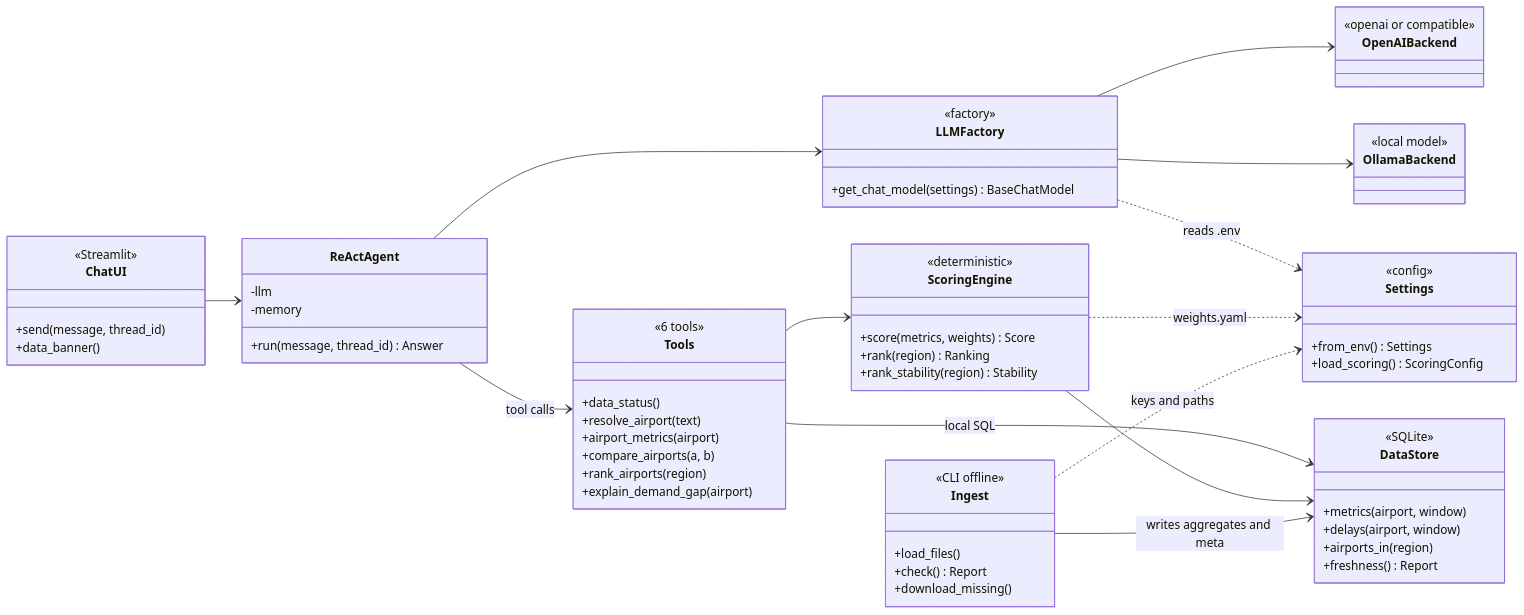
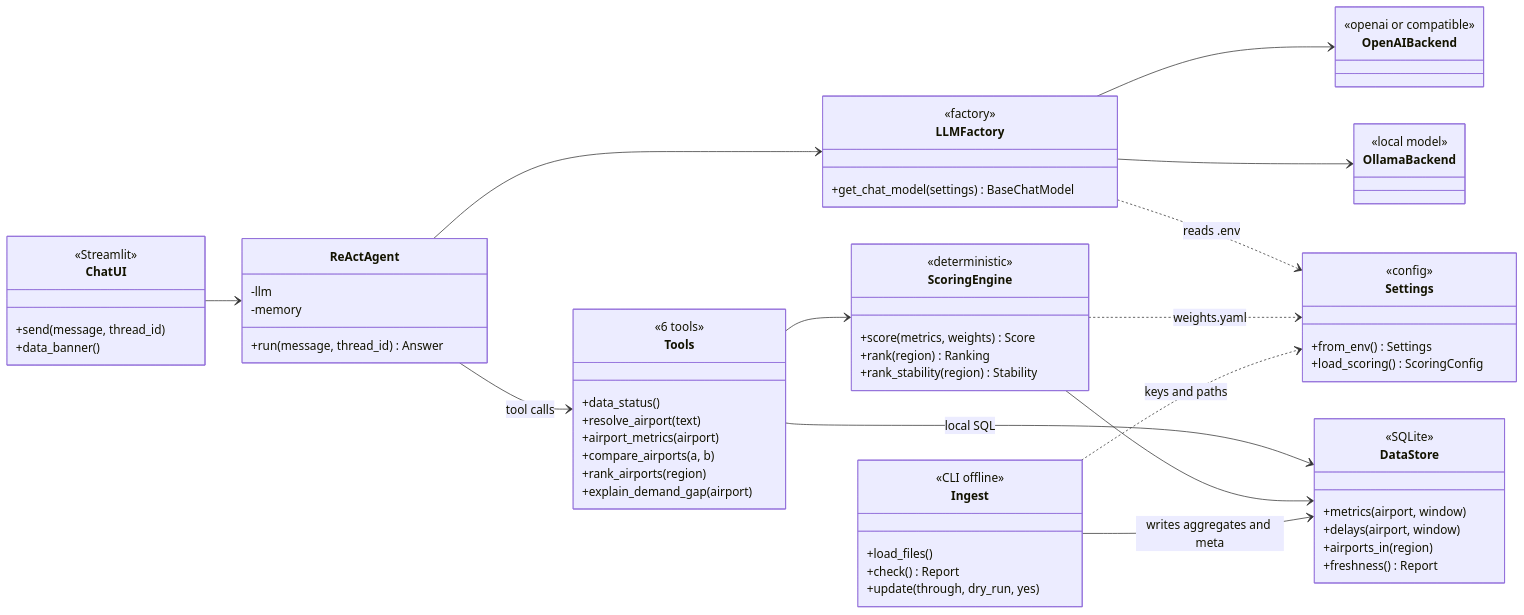
The first of 2 diagrams in README.md (GaryShnol/airport-investment-agent), drawn with Mermaid before and after one commit.

Commit message:
README: architecture diagram names ingest update (--update), not download_missing

````diff
--- a/README.md
+++ b/README.md
@@ -41,80 +41,80 @@
 ```mermaid
 classDiagram
     direction LR
 
     class ChatUI {
         <<Streamlit>>
         +send(message, thread_id)
         +data_banner()
     }
 
     class Settings {
         <<config>>
         +from_env() Settings
         +load_scoring() ScoringConfig
     }
 
     class LLMFactory {
         <<factory>>
         +get_chat_model(settings) BaseChatModel
     }
 
     class OpenAIBackend {
         <<openai or compatible>>
     }
 
     class OllamaBackend {
         <<local model>>
     }
 
     class ReActAgent {
         -llm
         -memory
         +run(message, thread_id) Answer
     }
 
     class Tools {
         <<6 tools>>
         +data_status()
         +resolve_airport(text)
         +airport_metrics(airport)
         +compare_airports(a, b)
         +rank_airports(region)
         +explain_demand_gap(airport)
     }
 
     class ScoringEngine {
         <<deterministic>>
         +score(metrics, weights) Score
         +rank(region) Ranking
         +rank_stability(region) Stability
     }
 
     class DataStore {
         <<SQLite>>
         +metrics(airport, window)
         +delays(airport, window)
         +airports_in(region)
         +freshness() Report
     }
 
     class Ingest {
         <<CLI offline>>
         +load_files()
         +check() Report
-        +download_missing()
+        +update(through, dry_run, yes)
     }
 
     ChatUI --> ReActAgent
     ReActAgent --> LLMFactory
     LLMFactory --> OpenAIBackend
     LLMFactory --> OllamaBackend
     LLMFactory ..> Settings : reads .env
     ReActAgent --> Tools : tool calls
     Tools --> DataStore : local SQL
     Tools --> ScoringEngine
     ScoringEngine --> DataStore
     ScoringEngine ..> Settings : weights.yaml
     Ingest --> DataStore : writes aggregates and meta
     Ingest ..> Settings : keys and paths
 ```
````
